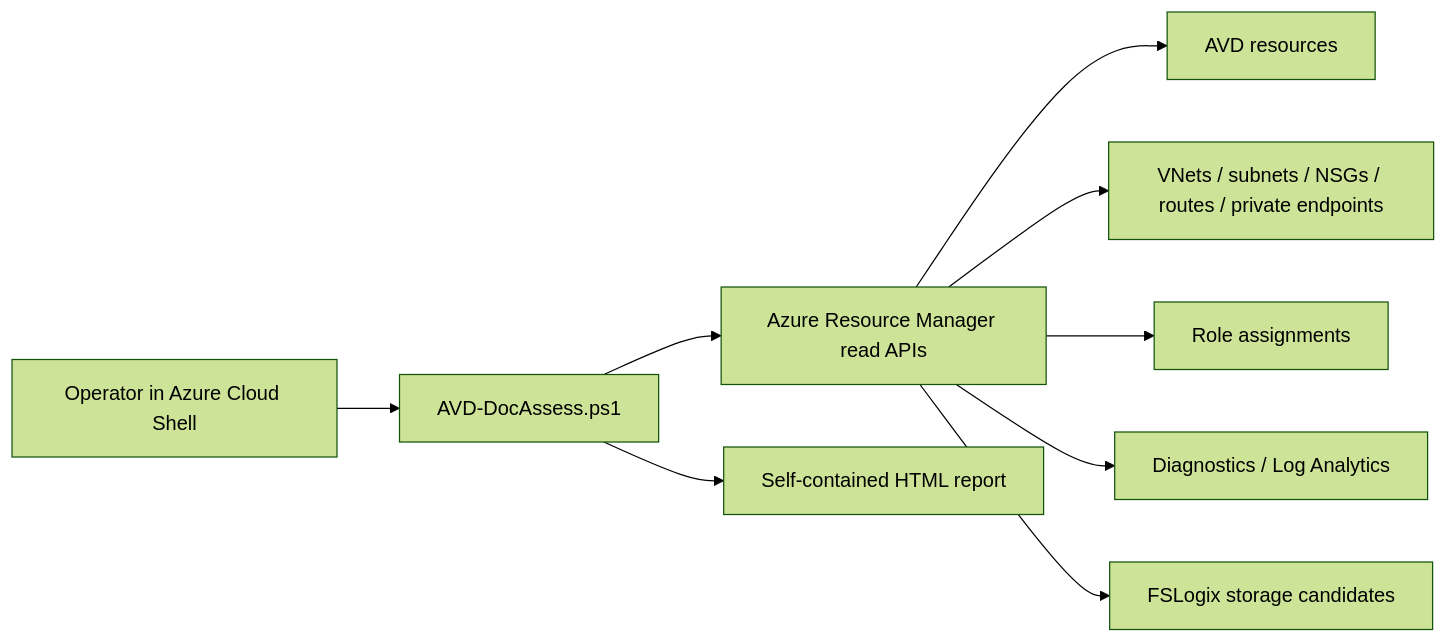
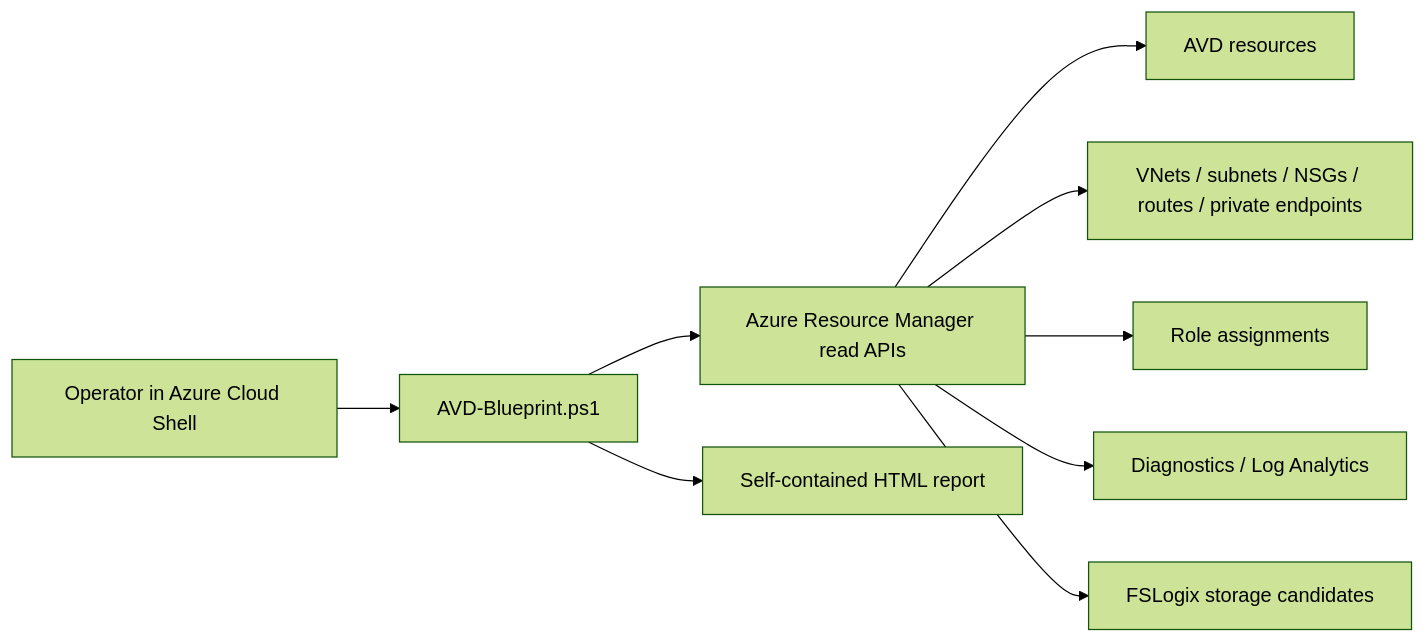
One commit to marsillig/AVD-DocAssess changed the diagram in docs/architecture.md. Above: the diagram before and after it, drawn with Mermaid (forest theme). The commit also changed other lines of this file and 3 other files, not shown here.

Commit message:
Rename project to AVD-Blueprint

````diff
--- a/docs/architecture.md
+++ b/docs/architecture.md
@@ -5,11 +5,11 @@
 ```mermaid
 flowchart LR
-  Operator["Operator in Azure Cloud Shell"] --> Script["AVD-DocAssess.ps1"]
+  Operator["Operator in Azure Cloud Shell"] --> Script["AVD-Blueprint.ps1"]
   Script --> ARM["Azure Resource Manager read APIs"]
   ARM --> AVD["AVD resources"]
   ARM --> Network["VNets / subnets / NSGs / routes / private endpoints"]
   ARM --> IAM["Role assignments"]
   ARM --> Monitor["Diagnostics / Log Analytics"]
   ARM --> Storage["FSLogix storage candidates"]
   Script --> Report["Self-contained HTML report"]
 ```
````
